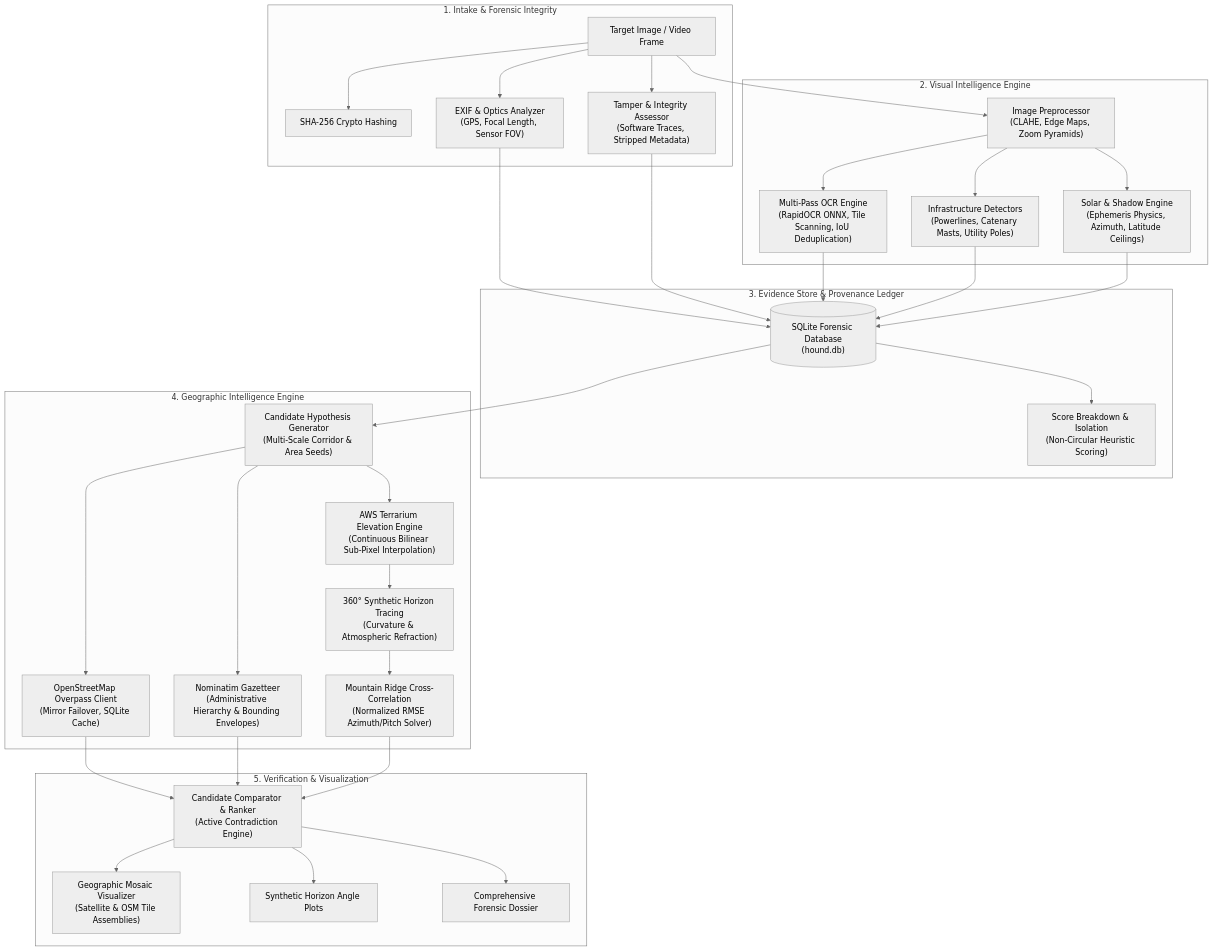
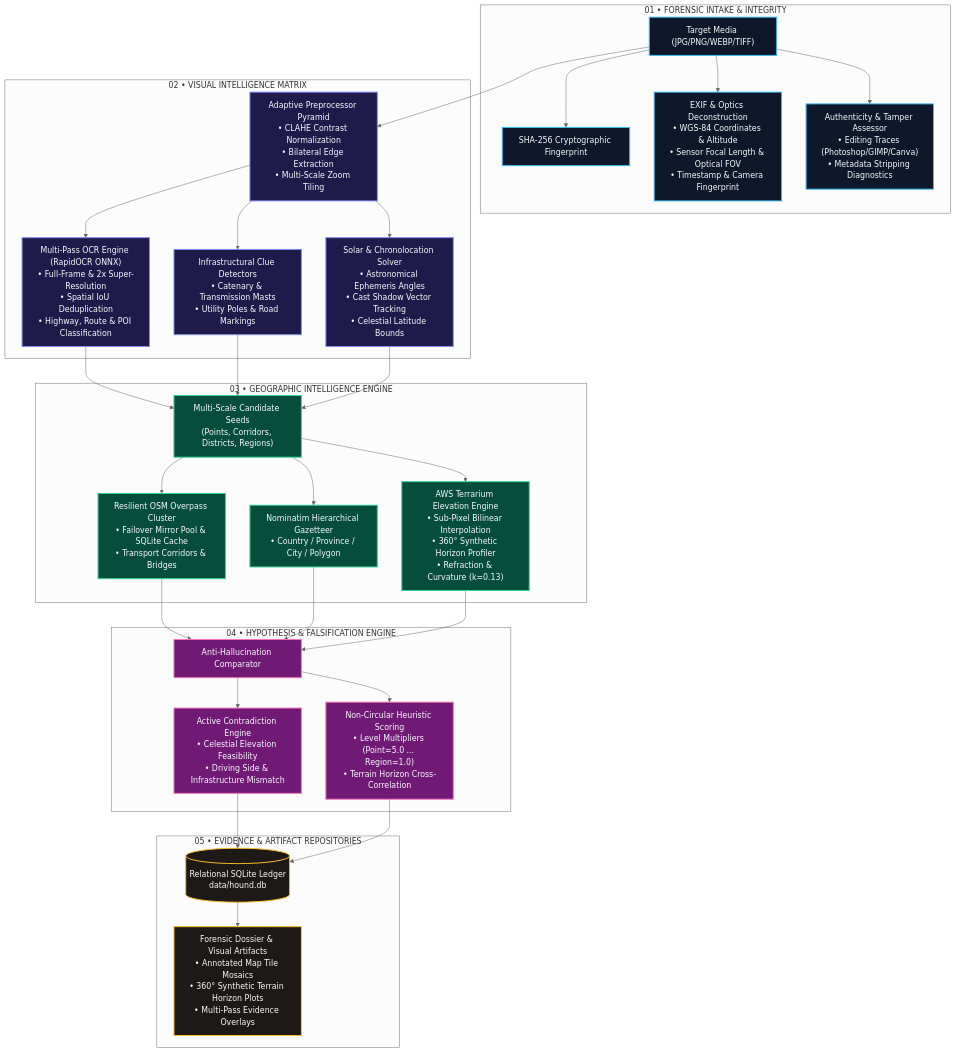
One commit to AIwolfie/Hound changed the diagram in README.md. Above: the diagram before and after it, drawn with Mermaid (neutral theme). The commit also changed other lines of this file, not shown here.

Commit message:
style(docs): elevate README.md with cyber-forensic aesthetic, terminal simulation, and architectural visualizers

````diff
--- a/README.md
+++ b/README.md
@@ -47,36 +44,41 @@
 ```mermaid
-flowchart TD
-    subgraph INTAKE ["1. Intake & Forensic Integrity"]
-        IMG["Target Image / Video Frame"] --> HASH["SHA-256 Crypto Hashing"]
-        IMG --> EXIF["EXIF & Optics Analyzer<br/>(GPS, Focal Length, Sensor FOV)"]
-        IMG --> INTEGRITY["Tamper & Integrity Assessor<br/>(Software Traces, Stripped Metadata)"]
+flowchart TB
+    %% STYLES
+    classDef intake fill:#0f172a,stroke:#38bdf8,stroke-width:2px,color:#f8fafc;
+    classDef vision fill:#1e1b4b,stroke:#818cf8,stroke-width:2px,color:#f8fafc;
+    classDef geo fill:#064e3b,stroke:#34d399,stroke-width:2px,color:#f8fafc;
+    classDef agent fill:#701a75,stroke:#f472b6,stroke-width:2px,color:#f8fafc;
+    classDef store fill:#1c1917,stroke:#fbbf24,stroke-width:2px,color:#f8fafc;
+
+    subgraph PHASE1 ["01 • FORENSIC INTAKE & INTEGRITY"]
+        RAW["Target Media (JPG/PNG/WEBP/TIFF)"]:::intake
+        RAW --> HASH["SHA-256 Cryptographic Fingerprint"]:::intake
+        RAW --> EXIF["EXIF & Optics Deconstruction<br/>• WGS-84 Coordinates & Altitude<br/>• Sensor Focal Length & Optical FOV<br/>• Timestamp & Camera Fingerprint"]:::intake
+        RAW --> TAMPER["Authenticity & Tamper Assessor<br/>• Editing Traces (Photoshop/GIMP/Canva)<br/>• Metadata Stripping Diagnostics"]:::intake
     end
 
-    subgraph VISION ["2. Visual Intelligence Engine"]
-        IMG --> PREP["Image Preprocessor<br/>(CLAHE, Edge Maps, Zoom Pyramids)"]
-        PREP --> OCR["Multi-Pass OCR Engine<br/>(RapidOCR ONNX, Tile Scanning, IoU Deduplication)"]
-        PREP --> INFRA["Infrastructure Detectors<br/>(Powerlines, Catenary Masts, Utility Poles)"]
-        PREP --> SOLAR["Solar & Shadow Engine<br/>(Ephemeris Physics, Azimuth, Latitude Ceilings)"]
+    subgraph PHASE2 ["02 • VISUAL INTELLIGENCE MATRIX"]
+        RAW --> PREP["Adaptive Preprocessor Pyramid<br/>• CLAHE Contrast Normalization<br/>• Bilateral Edge Extraction<br/>• Multi-Scale Zoom Tiling"]:::vision
+        PREP --> OCR["Multi-Pass OCR Engine (RapidOCR ONNX)<br/>• Full-Frame & 2x Super-Resolution<br/>• Spatial IoU Deduplication<br/>• Highway, Route & POI Classification"]:::vision
+        PREP --> INFRA["Infrastructural Clue Detectors<br/>• Catenary & Transmission Masts<br/>• Utility Poles & Road Markings"]:::vision
+        PREP --> SOLAR["Solar & Chronolocation Solver<br/>• Astronomical Ephemeris Angles<br/>• Cast Shadow Vector Tracking<br/>• Celestial Latitude Bounds"]:::vision
     end
 
-    subgraph LEDGER ["3. Evidence Store & Provenance Ledger"]
-        EXIF & INTEGRITY & OCR & INFRA & SOLAR --> DB[("SQLite Forensic Database<br/>(hound.db)")]
-        DB --> BREAKDOWN["Score Breakdown & Isolation<br/>(Non-Circular Heuristic Scoring)"]
+    subgraph PHASE3 ["03 • GEOGRAPHIC INTELLIGENCE ENGINE"]
+        OCR & INFRA & SOLAR --> SEEDS["Multi-Scale Candidate Seeds<br/>(Points, Corridors, Districts, Regions)"]:::geo
+        SEEDS --> OVERPASS["Resilient OSM Overpass Cluster<br/>• Failover Mirror Pool & SQLite Cache<br/>• Transport Corridors & Bridges"]:::geo
+        SEEDS --> GAZETTEER["Nominatim Hierarchical Gazetteer<br/>• Country / Province / City / Polygon"]:::geo
+        SEEDS --> DEM["AWS Terrarium Elevation Engine<br/>• Sub-Pixel Bilinear Interpolation<br/>• 360° Synthetic Horizon Profiler<br/>• Refraction & Curvature (k=0.13)"]:::geo
     end
 
-    subgraph GEOGRAPHY ["4. Geographic Intelligence Engine"]
-        DB --> CAND_GEN["Candidate Hypothesis Generator<br/>(Multi-Scale Corridor & Area Seeds)"]
-        CAND_GEN --> OSM["OpenStreetMap Overpass Client<br/>(Mirror Failover, SQLite Cache)"]
-        CAND_GEN --> GAZ["Nominatim Gazetteer<br/>(Administrative Hierarchy & Bounding Envelopes)"]
-        CAND_GEN --> DEM["AWS Terrarium Elevation Engine<br/>(Continuous Bilinear Sub-Pixel Interpolation)"]
-        DEM --> HORIZON["360° Synthetic Horizon Tracing<br/>(Curvature & Atmospheric Refraction)"]
-        HORIZON --> RIDGE["Mountain Ridge Cross-Correlation<br/>(Normalized RMSE Azimuth/Pitch Solver)"]
+    subgraph PHASE4 ["04 • HYPOTHESIS & FALSIFICATION ENGINE"]
+        OVERPASS & GAZETTEER & DEM --> COMPARATOR["Anti-Hallucination Comparator"]:::agent
+        COMPARATOR --> FALSIFY["Active Contradiction Engine<br/>• Celestial Elevation Feasibility<br/>• Driving Side & Infrastructure Mismatch"]:::agent
+        COMPARATOR --> BREAKDOWN["Non-Circular Heuristic Scoring<br/>• Level Multipliers (Point=5.0 ... Region=1.0)<br/>• Terrain Horizon Cross-Correlation"]:::agent
     end
 
-    subgraph EVALUATION ["5. Verification & Visualization"]
-        OSM & GAZ & RIDGE --> COMPARATOR["Candidate Comparator & Ranker<br/>(Active Contradiction Engine)"]
-        COMPARATOR --> MAP_GEN["Geographic Mosaic Visualizer<br/>(Satellite & OSM Tile Assemblies)"]
-        COMPARATOR --> HORIZON_PLOT["Synthetic Horizon Angle Plots"]
-        COMPARATOR --> REPORTS["Comprehensive Forensic Dossier"]
+    subgraph STORAGE ["05 • EVIDENCE & ARTIFACT REPOSITORIES"]
+        FALSIFY & BREAKDOWN --> LEDGER[("Relational SQLite Ledger<br/>data/hound.db")]:::store
+        LEDGER --> VISUALS["Forensic Dossier & Visual Artifacts<br/>• Annotated Map Tile Mosaics<br/>• 360° Synthetic Terrain Horizon Plots<br/>• Multi-Pass Evidence Overlays"]:::store
     end
 ```
````
